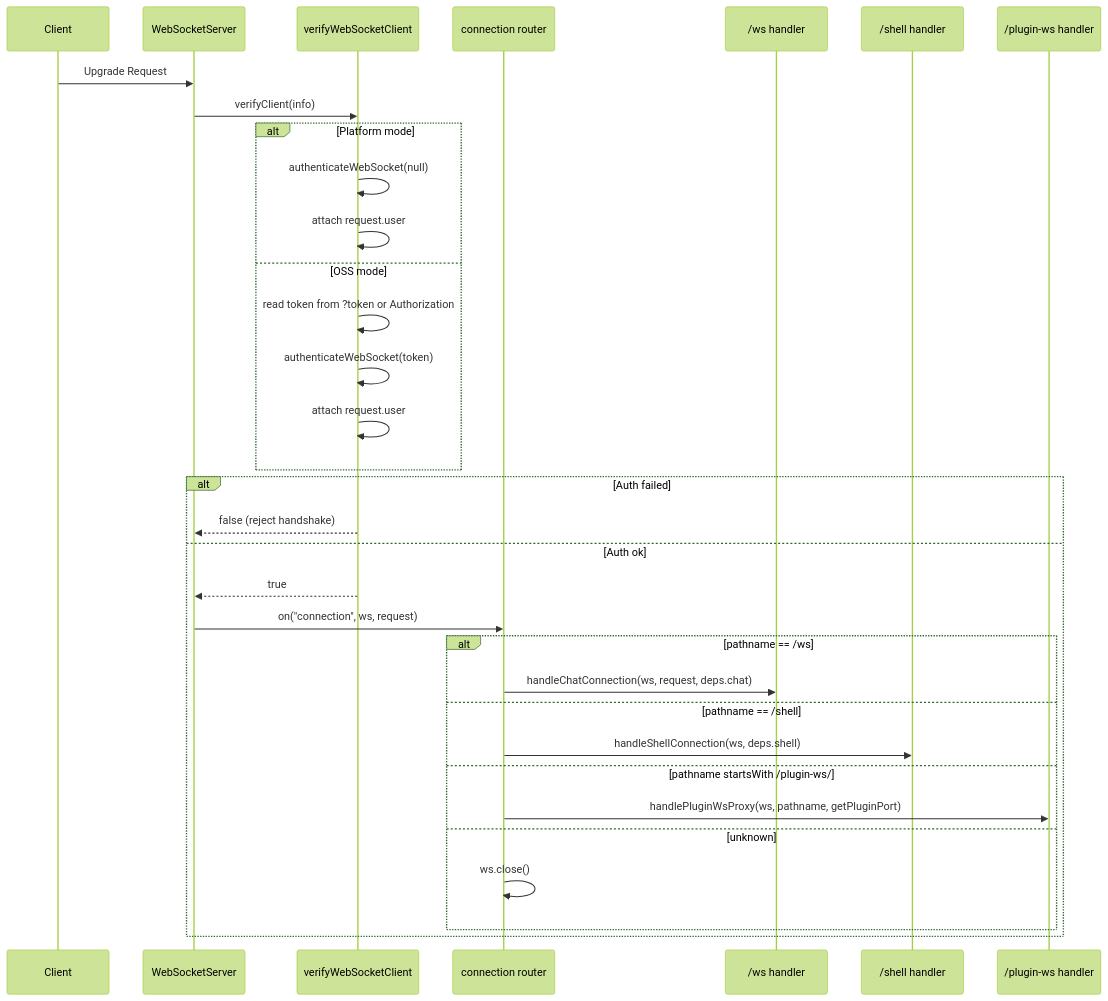
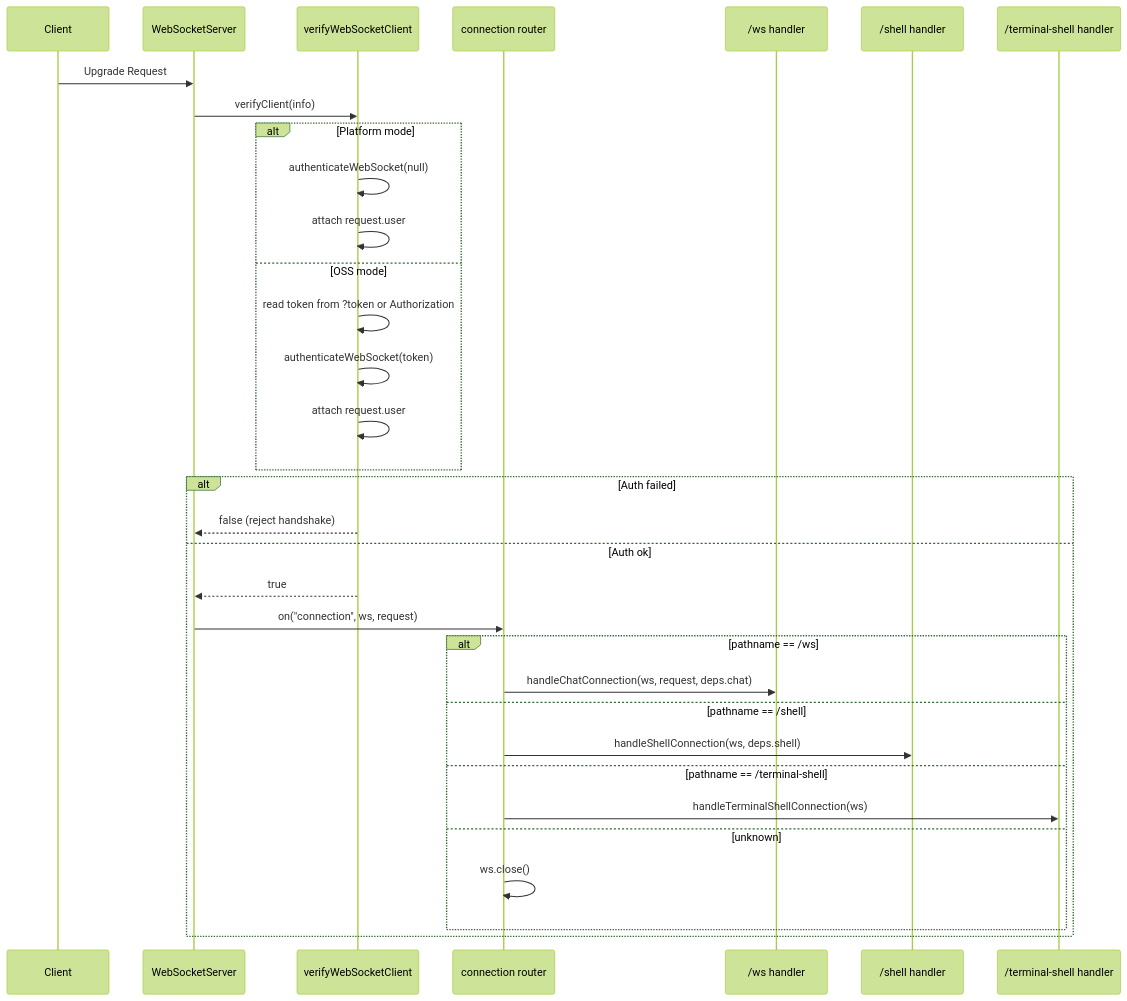
Before and after one commit to percy2017/OpenCLI: the second of 4 diagrams in server/modules/websocket/README.md, drawn with Mermaid (forest theme). The commit also changed other lines of this file and 141 other files, not shown here.

````diff
--- a/server/modules/websocket/README.md
+++ b/server/modules/websocket/README.md
@@ -67,37 +64,37 @@
 ```mermaid
 sequenceDiagram
   participant Client
   participant WSS as WebSocketServer
   participant Auth as verifyWebSocketClient
   participant Router as connection router
   participant Chat as /ws handler
   participant Shell as /shell handler
-  participant Proxy as /plugin-ws handler
+  participant Terminal as /terminal-shell handler
 
   Client->>WSS: Upgrade Request
   WSS->>Auth: verifyClient(info)
   alt Platform mode
     Auth->>Auth: authenticateWebSocket(null)
     Auth->>Auth: attach request.user
   else OSS mode
     Auth->>Auth: read token from ?token or Authorization
     Auth->>Auth: authenticateWebSocket(token)
     Auth->>Auth: attach request.user
   end
 
   alt Auth failed
     Auth-->>WSS: false (reject handshake)
   else Auth ok
     Auth-->>WSS: true
     WSS->>Router: on("connection", ws, request)
     alt pathname == /ws
       Router->>Chat: handleChatConnection(ws, request, deps.chat)
     else pathname == /shell
       Router->>Shell: handleShellConnection(ws, deps.shell)
-    else pathname startsWith /plugin-ws/
-      Router->>Proxy: handlePluginWsProxy(ws, pathname, getPluginPort)
+    else pathname == /terminal-shell
+      Router->>Terminal: handleTerminalShellConnection(ws)
     else unknown
       Router->>Router: ws.close()
     end
   end
 ```
````
